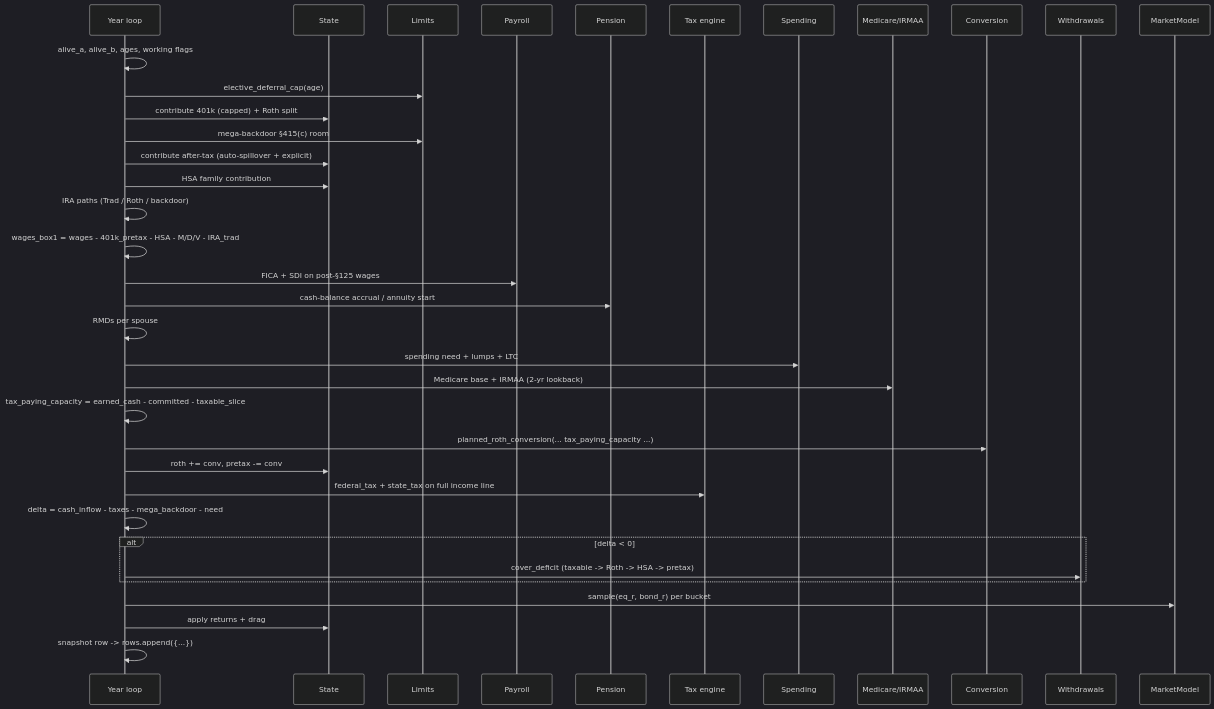
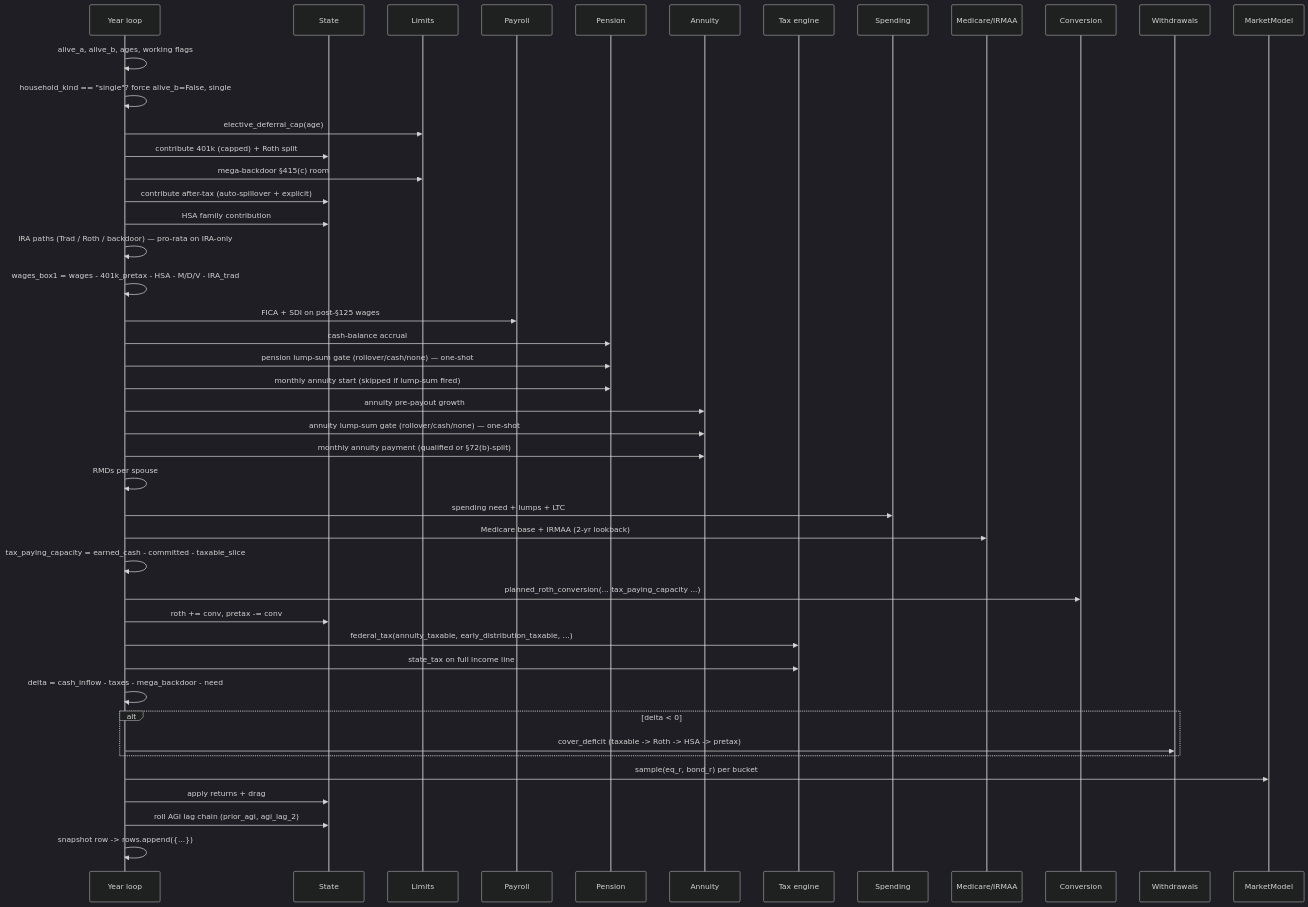
Before and after one commit to yepuv1/Tax_Optimizer: the sixth of 13 diagrams in docs/architecture.md, drawn with Mermaid (dark theme). The commit also changed other lines of this file and 10 other files, not shown here.

````diff
--- a/docs/architecture.md
+++ b/docs/architecture.md
@@ -490,39 +662,48 @@
 ```mermaid
 sequenceDiagram
     participant L as Year loop
     participant S as State
     participant Lim as Limits
     participant P as Payroll
     participant Pen as Pension
+    participant Ann as Annuity
     participant T as Tax engine
     participant Sp as Spending
     participant Med as Medicare/IRMAA
     participant Cv as Conversion
     participant W as Withdrawals
     participant M as MarketModel
 
     L->>L: alive_a, alive_b, ages, working flags
+    L->>L: household_kind == "single"? force alive_b=False, single
     L->>Lim: elective_deferral_cap(age)
     L->>S: contribute 401k (capped) + Roth split
     L->>Lim: mega-backdoor §415(c) room
     L->>S: contribute after-tax (auto-spillover + explicit)
     L->>S: HSA family contribution
-    L->>L: IRA paths (Trad / Roth / backdoor)
+    L->>L: IRA paths (Trad / Roth / backdoor) — pro-rata on IRA-only
     L->>L: wages_box1 = wages - 401k_pretax - HSA - M/D/V - IRA_trad
     L->>P: FICA + SDI on post-§125 wages
-    L->>Pen: cash-balance accrual / annuity start
+    L->>Pen: cash-balance accrual
+    L->>Pen: pension lump-sum gate (rollover/cash/none) — one-shot
+    L->>Pen: monthly annuity start (skipped if lump-sum fired)
+    L->>Ann: annuity pre-payout growth
+    L->>Ann: annuity lump-sum gate (rollover/cash/none) — one-shot
+    L->>Ann: monthly annuity payment (qualified or §72(b)-split)
     L->>L: RMDs per spouse
     L->>Sp: spending need + lumps + LTC
     L->>Med: Medicare base + IRMAA (2-yr lookback)
     L->>L: tax_paying_capacity = earned_cash - committed - taxable_slice
     L->>Cv: planned_roth_conversion(... tax_paying_capacity ...)
     L->>S: roth += conv, pretax -= conv
-    L->>T: federal_tax + state_tax on full income line
+    L->>T: federal_tax(annuity_taxable, early_distribution_taxable, ...)
+    L->>T: state_tax on full income line
     L->>L: delta = cash_inflow - taxes - mega_backdoor - need
     alt delta < 0
         L->>W: cover_deficit (taxable -> Roth -> HSA -> pretax)
     end
     L->>M: sample(eq_r, bond_r) per bucket
     L->>S: apply returns + drag
+    L->>S: roll AGI lag chain (prior_agi, agi_lag_2)
     L->>L: snapshot row -> rows.append({...})
 ```
````
